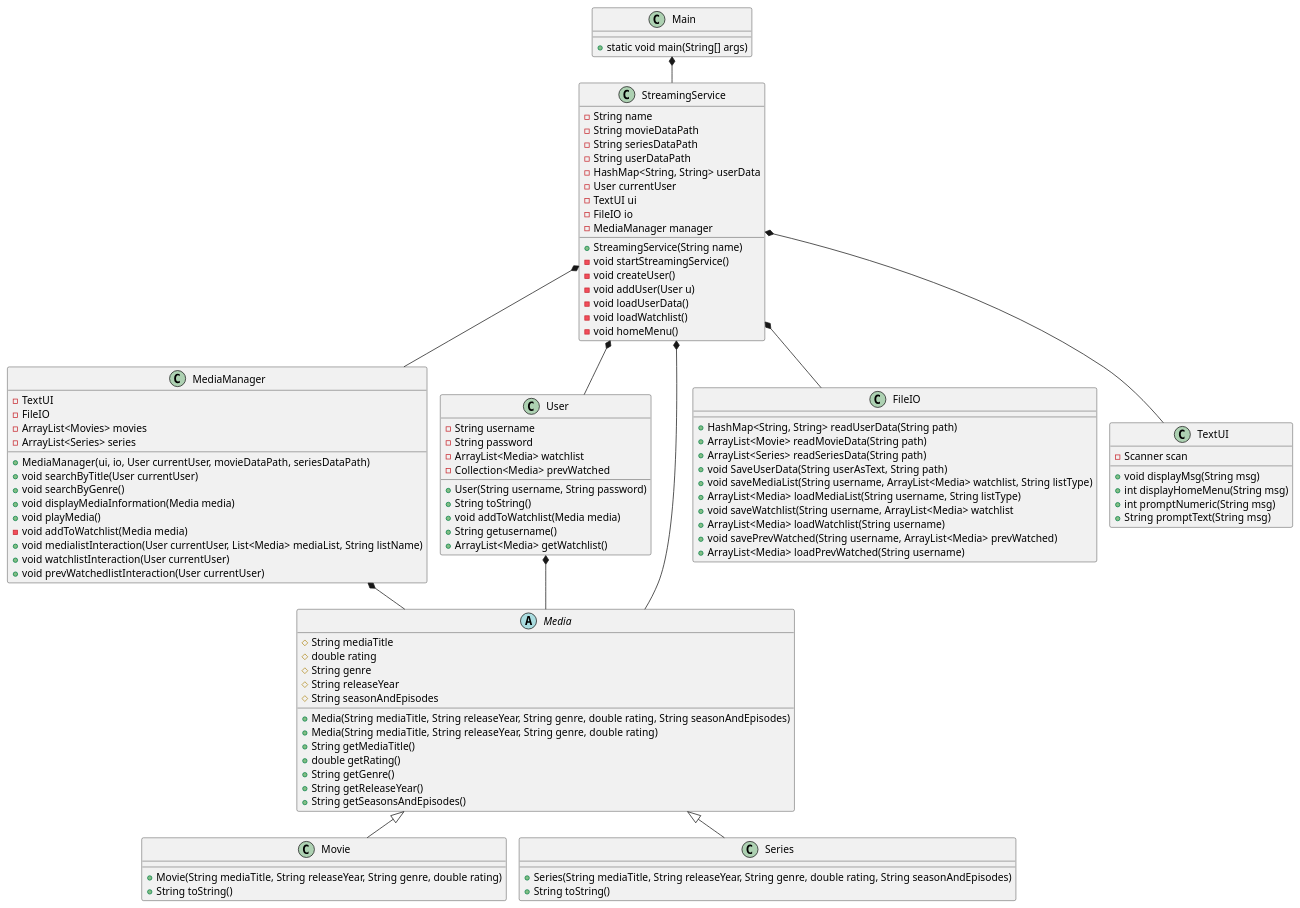
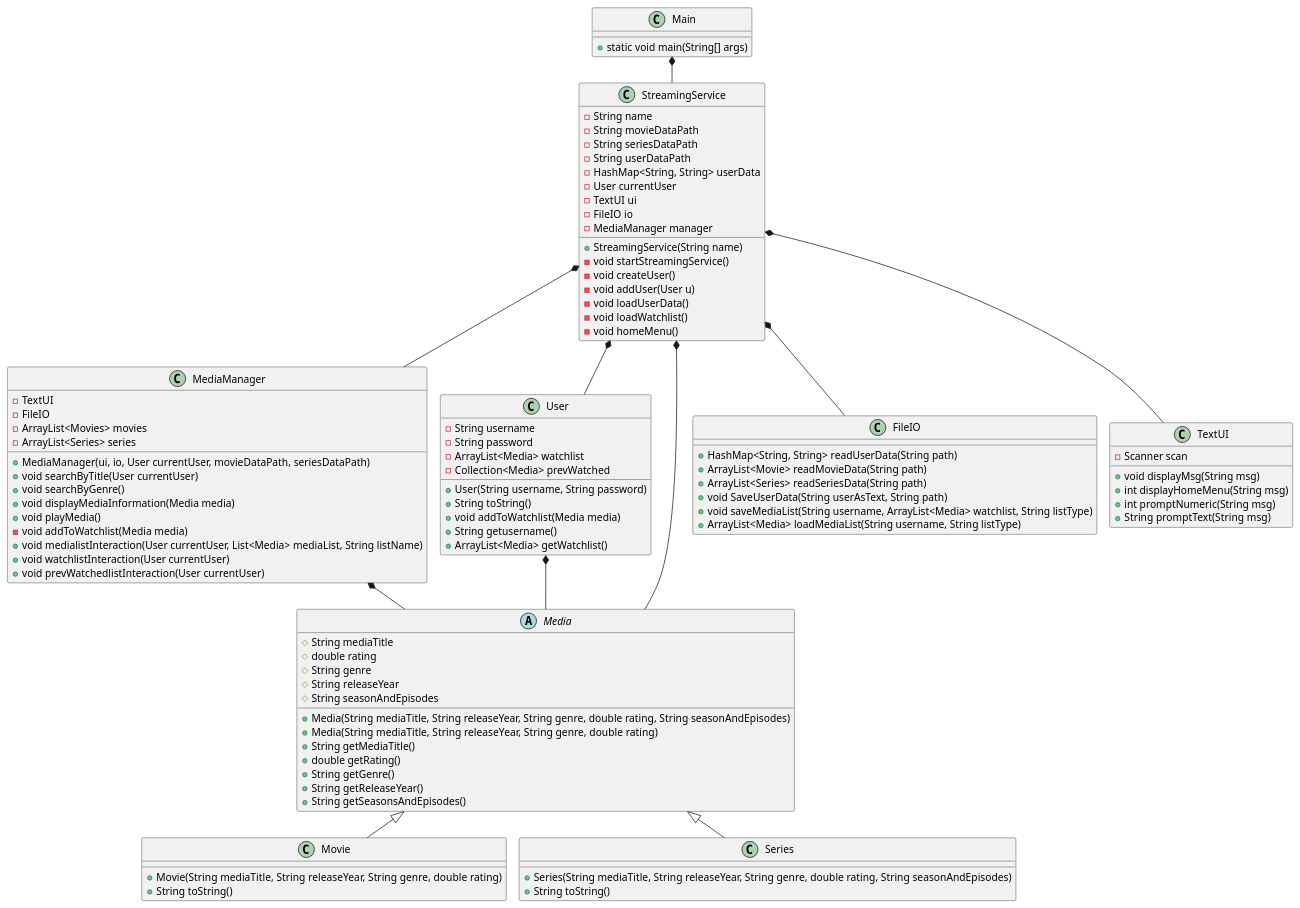
The diagram in doc/classdiagram/classdiagram_v1.puml (EmilDagsberg/SP3), drawn with PlantUML before and after one commit. The commit also changed 3 other files, not shown here.

```diff
--- a/doc/classdiagram/classdiagram_v1.puml
+++ b/doc/classdiagram/classdiagram_v1.puml
@@ -1,117 +1,113 @@
 @startuml
 !pragma layout smetana
 
 class Main {
 + static void main(String[] args)
 }
 
 class StreamingService{
 - String name
 - String movieDataPath
 - String seriesDataPath
 - String userDataPath
 - HashMap<String, String> userData
 - User currentUser
 - TextUI ui
 - FileIO io
 - MediaManager manager
 + StreamingService(String name)
 - void startStreamingService()
 - void createUser()
 - void addUser(User u)
 - void loadUserData()
 - void loadWatchlist()
 - void homeMenu()
 
 
 }
 
 class MediaManager {
 - TextUI
 - FileIO
 - ArrayList<Movies> movies
 - ArrayList<Series> series
 + MediaManager(ui, io, User currentUser, movieDataPath, seriesDataPath)
 + void searchByTitle(User currentUser)
 + void searchByGenre()
 + void displayMediaInformation(Media media)
 + void playMedia()
 - void addToWatchlist(Media media)
 + void medialistInteraction(User currentUser, List<Media> mediaList, String listName)
 + void watchlistInteraction(User currentUser)
 + void prevWatchedlistInteraction(User currentUser)
 }
 
 class User {
 - String username
 - String password
 - ArrayList<Media> watchlist
 - Collection<Media> prevWatched
 + User(String username, String password)
 + String toString()
 + void addToWatchlist(Media media)
 + String getusername()
 + ArrayList<Media> getWatchlist()
 }
 
 
 abstract class Media{
 # String mediaTitle
 # double rating
 # String genre
 # String releaseYear
 # String seasonAndEpisodes
 +Media(String mediaTitle, String releaseYear, String genre, double rating, String seasonAndEpisodes)
 +Media(String mediaTitle, String releaseYear, String genre, double rating)
 +String getMediaTitle()
 +double getRating()
 +String getGenre()
 +String getReleaseYear()
 +String getSeasonsAndEpisodes()
 }
 
 class Movie{
 + Movie(String mediaTitle, String releaseYear, String genre, double rating)
 +String toString()
 'metode der loader liste over film?
 
 }
 
 class Series{
 +Series(String mediaTitle, String releaseYear, String genre, double rating, String seasonAndEpisodes)
 +String toString()
 'metode der loader liste over serier?
 }
 
 class FileIO {
 + HashMap<String, String> readUserData(String path)
 + ArrayList<Movie> readMovieData(String path)
 + ArrayList<Series> readSeriesData(String path)
 + void SaveUserData(String userAsText, String path)
 + void saveMediaList(String username, ArrayList<Media> watchlist, String listType)
 + ArrayList<Media> loadMediaList(String username, String listType)
-+ void saveWatchlist(String username, ArrayList<Media> watchlist
-+ ArrayList<Media> loadWatchlist(String username)
-+ void savePrevWatched(String username, ArrayList<Media> prevWatched)
-+ ArrayList<Media> loadPrevWatched(String username)
 }
 
 class TextUI {
 - Scanner scan
 + void displayMsg(String msg)
 + int displayHomeMenu(String msg)
 + int promptNumeric(String msg)
 + String promptText(String msg)
 }
 
 Main *-- StreamingService
 StreamingService *-- MediaManager
 MediaManager *-- Media
 StreamingService *-- User
 StreamingService *-- FileIO
 StreamingService *-- TextUI
 Media <|-- Movie
 Media <|-- Series
 StreamingService *-- Media
 User *-- Media
 @enduml
```
